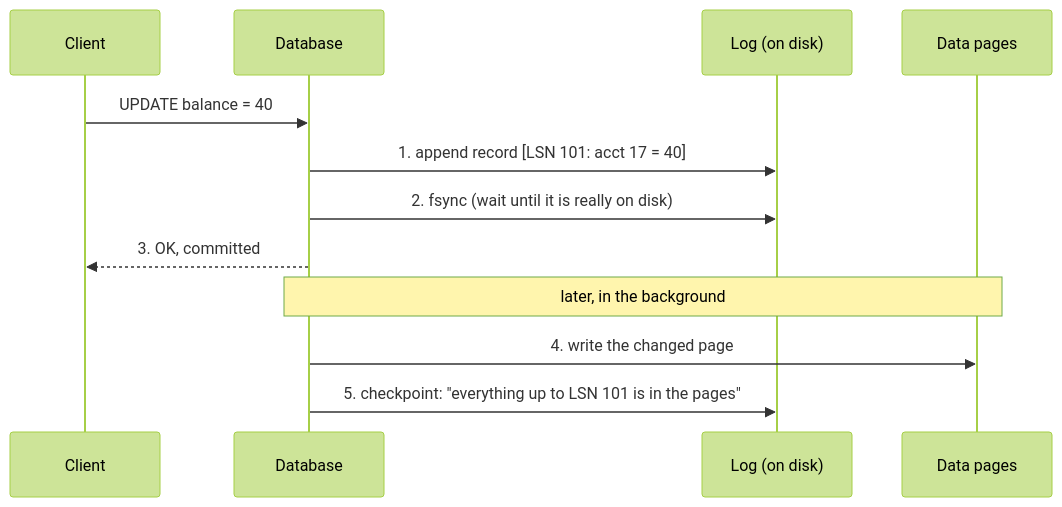
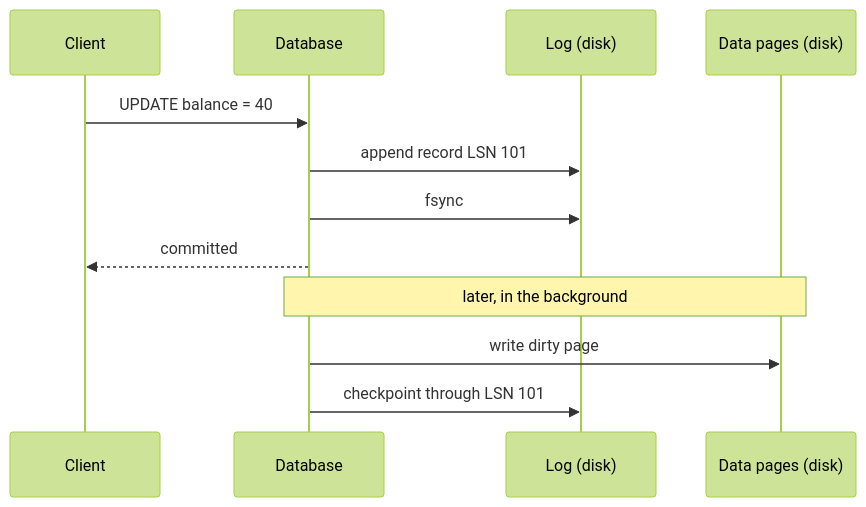
Before and after one commit to MeetSoneji/architect-playbook: the second of 2 diagrams in concepts/m1-storage-and-data/c01-write-ahead-log/notes.md, drawn with Mermaid (forest theme). The commit also changed other lines of this file and 10 other files, not shown here.

````diff
--- a/concepts/m1-storage-and-data/c01-write-ahead-log/notes.md
+++ b/concepts/m1-storage-and-data/c01-write-ahead-log/notes.md
@@ -58,14 +153,14 @@
 ```mermaid
 sequenceDiagram
     participant C as Client
     participant DB as Database
-    participant L as Log (on disk)
-    participant P as Data pages
+    participant L as Log (disk)
+    participant P as Data pages (disk)
     C->>DB: UPDATE balance = 40
-    DB->>L: 1. append record [LSN 101: acct 17 = 40]
-    DB->>L: 2. fsync (wait until it is really on disk)
-    DB-->>C: 3. OK, committed
+    DB->>L: append record LSN 101
+    DB->>L: fsync
+    DB-->>C: committed
     Note over DB,P: later, in the background
-    DB->>P: 4. write the changed page
-    DB->>L: 5. checkpoint: "everything up to LSN 101 is in the pages"
+    DB->>P: write dirty page
+    DB->>L: checkpoint through LSN 101
 ```
````
